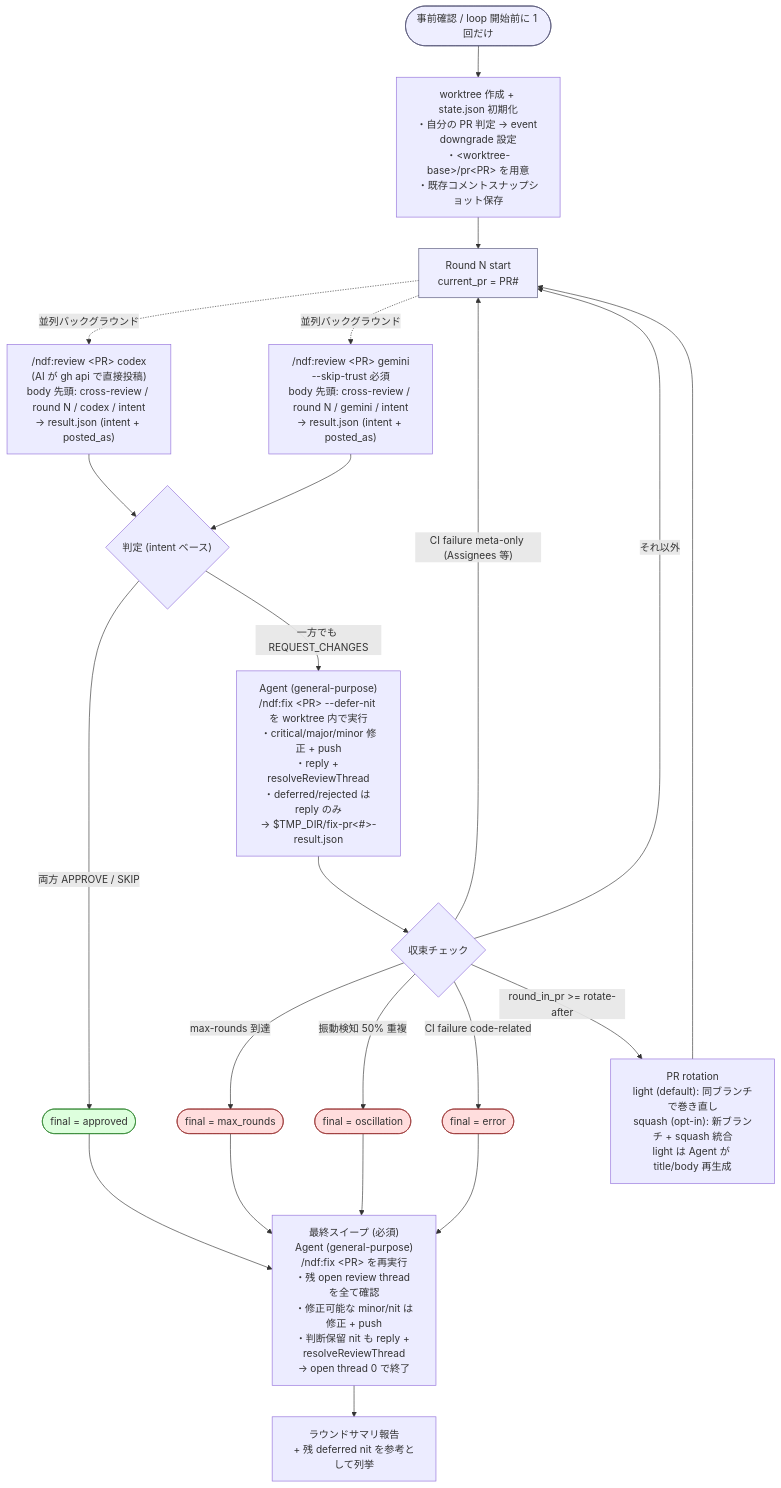
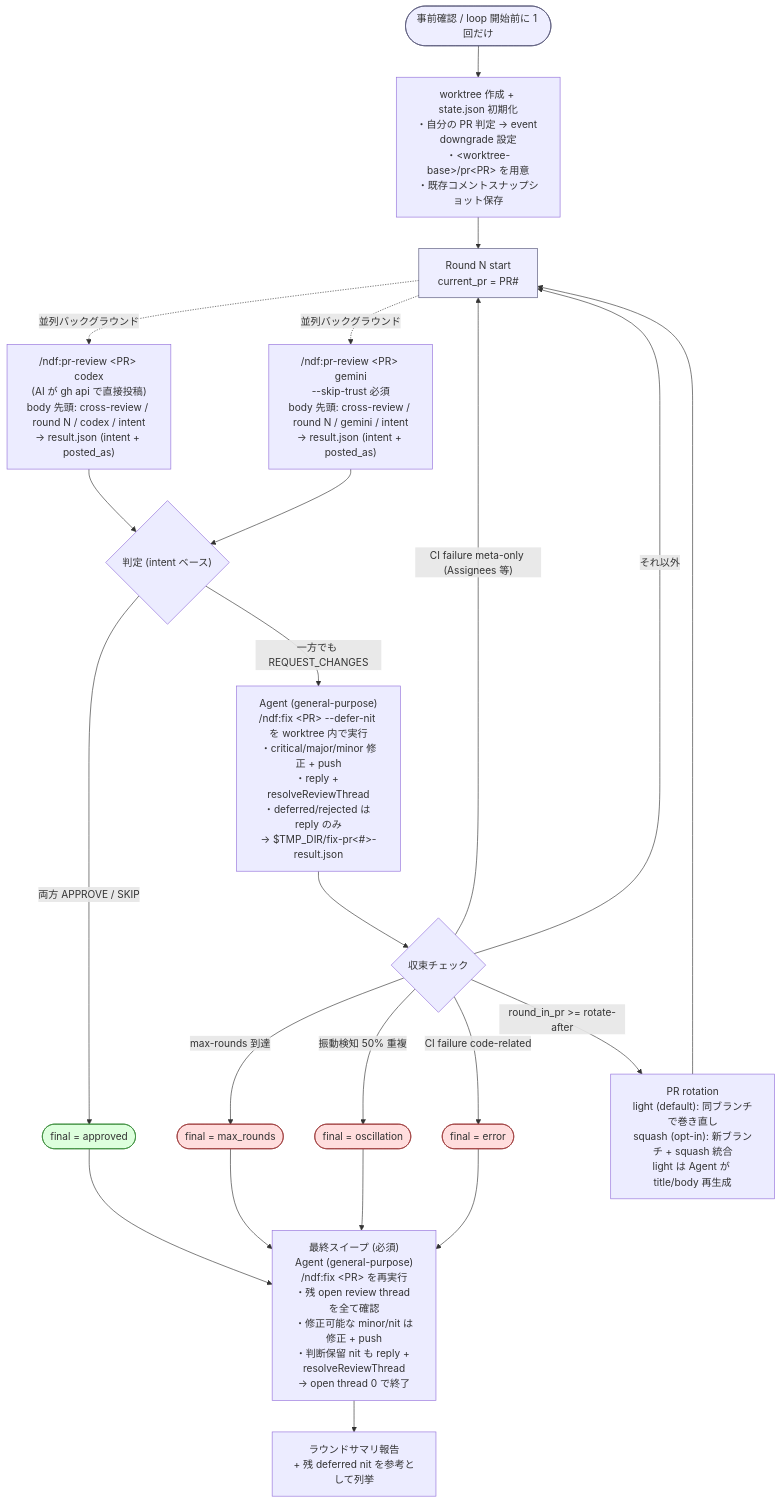
The diagram in plugins/ndf-codex/skills/cross-review/SKILL.md (devbasex/ai-plugins), drawn with Mermaid before and after one commit. The commit also changed other lines of this file and 57 other files, not shown here.

````diff
--- a/plugins/ndf-codex/skills/cross-review/SKILL.md
+++ b/plugins/ndf-codex/skills/cross-review/SKILL.md
@@ -156,33 +156,33 @@
 ```mermaid
 flowchart TD
     Start([事前確認 / loop 開始前に 1 回だけ]):::phase --> Init["worktree 作成 + state.json 初期化<br/>・自分の PR 判定 → event downgrade 設定<br/>・&lt;worktree-base&gt;/pr&lt;PR&gt; を用意<br/>・既存コメントスナップショット保存"]
     Init --> Round["Round N start<br/>current_pr = PR#"]:::phase
 
-    Round -.並列バックグラウンド.-> Codex["/ndf:review &lt;PR&gt; codex<br/>(AI が gh api で直接投稿)<br/>body 先頭: cross-review / round N / codex / intent<br/>→ result.json (intent + posted_as)"]
-    Round -.並列バックグラウンド.-> Gemini["/ndf:review &lt;PR&gt; gemini<br/>--skip-trust 必須<br/>body 先頭: cross-review / round N / gemini / intent<br/>→ result.json (intent + posted_as)"]
+    Round -.並列バックグラウンド.-> Codex["/ndf:pr-review &lt;PR&gt; codex<br/>(AI が gh api で直接投稿)<br/>body 先頭: cross-review / round N / codex / intent<br/>→ result.json (intent + posted_as)"]
+    Round -.並列バックグラウンド.-> Gemini["/ndf:pr-review &lt;PR&gt; gemini<br/>--skip-trust 必須<br/>body 先頭: cross-review / round N / gemini / intent<br/>→ result.json (intent + posted_as)"]
 
     Codex --> Decide{"判定 (intent ベース)"}
     Gemini --> Decide
 
     Decide -->|両方 APPROVE / SKIP| Approved([final = approved]):::ok
     Decide -->|一方でも REQUEST_CHANGES| Fix["Agent (general-purpose)<br/>/ndf:fix &lt;PR&gt; --defer-nit を worktree 内で実行<br/>・critical/major/minor 修正 + push<br/>・reply + resolveReviewThread<br/>・deferred/rejected は reply のみ<br/>→ $TMP_DIR/fix-pr&lt;#&gt;-result.json"]
 
     Fix --> Check{収束チェック}
     Check -->|max-rounds 到達| MaxR([final = max_rounds]):::stop
     Check -->|振動検知 50% 重複| Osc([final = oscillation]):::stop
     Check -->|CI failure code-related| Err([final = error]):::stop
     Check -->|"CI failure meta-only (Assignees 等)"| Round
     Check -->|round_in_pr >= rotate-after| Rotate["PR rotation<br/>light (default): 同ブランチで巻き直し<br/>squash (opt-in): 新ブランチ + squash 統合<br/>light は Agent が title/body 再生成"]
     Check -->|それ以外| Round
     Rotate --> Round
 
     Approved --> Sweep["最終スイープ (必須)<br/>Agent (general-purpose)<br/>/ndf:fix &lt;PR&gt; を再実行<br/>・残 open review thread を全て確認<br/>・修正可能な minor/nit は修正 + push<br/>・判断保留 nit も reply + resolveReviewThread<br/>→ open thread 0 で終了"]
     MaxR --> Sweep
     Osc --> Sweep
     Err --> Sweep
     Sweep --> Report[ラウンドサマリ報告<br/>+ 残 deferred nit を参考として列挙]
 
     classDef phase fill:#eef,stroke:#557
     classDef ok fill:#dfd,stroke:#383
     classDef stop fill:#fdd,stroke:#933
 ```
````
